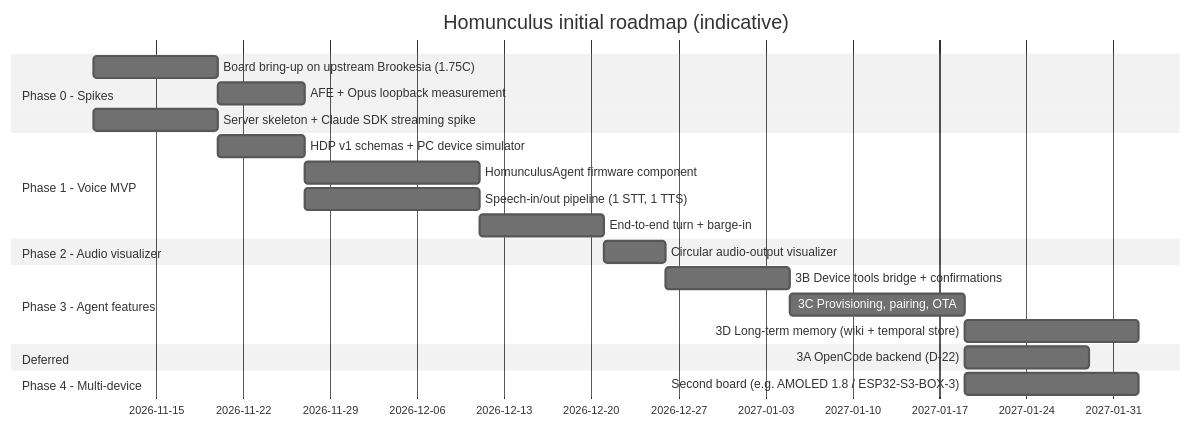
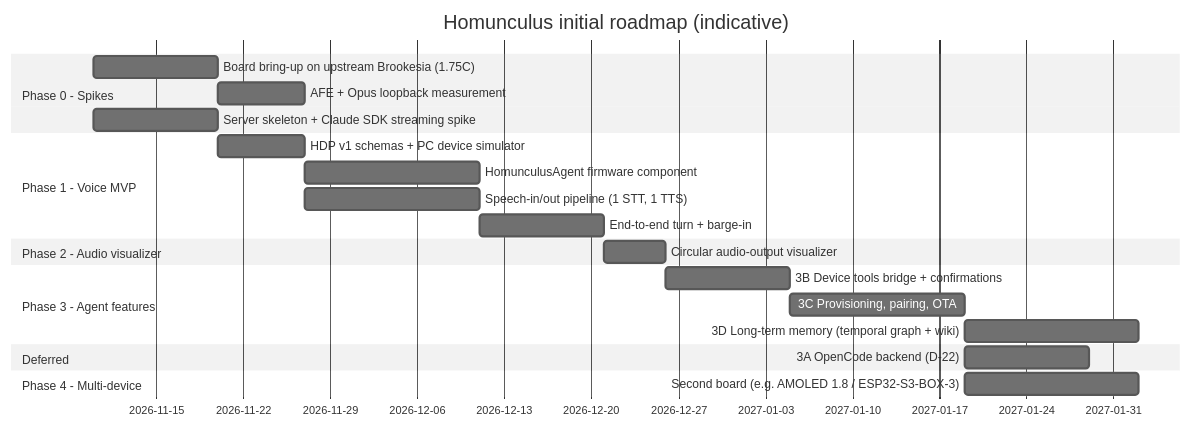
The diagram in docs/specification/08-roadmap-and-open-items.md (0x1d/crucible), drawn with Mermaid (neutral theme) before and after one commit. The commit also changed other lines of this file and 31 other files, not shown here.

First line of the commit message:
feat(memory): temporal-reasoning MCP server as primary memory; wiki on request

````diff
--- a/docs/specification/08-roadmap-and-open-items.md
+++ b/docs/specification/08-roadmap-and-open-items.md
@@ -38,24 +38,24 @@
 ```mermaid
 gantt
     dateFormat  YYYY-MM-DD
     title Homunculus initial roadmap (indicative)
     section Phase 0 - Spikes
     Board bring-up on upstream Brookesia (1.75C)   :p0a, 2026-11-10, 10d
     AFE + Opus loopback measurement                :p0b, after p0a, 7d
     Server skeleton + Claude SDK streaming spike   :p0c, 2026-11-10, 10d
     section Phase 1 - Voice MVP
     HDP v1 schemas + PC device simulator           :p1a, after p0c, 7d
     HomunculusAgent firmware component             :p1b, after p0b, 14d
     Speech-in/out pipeline (1 STT, 1 TTS)          :p1c, after p1a, 14d
     End-to-end turn + barge-in                     :p1d, after p1b, 10d
     section Phase 2 - Audio visualizer
     Circular audio-output visualizer               :p2a, after p1d, 5d
     section Phase 3 - Agent features
     3B Device tools bridge + confirmations         :p3b, after p2a, 10d
     3C Provisioning, pairing, OTA                  :p3c, after p3b, 14d
-    3D Long-term memory (wiki + temporal store)    :p3d, after p3c, 14d
+    3D Long-term memory (temporal graph + wiki)    :p3d, after p3c, 14d
     section Deferred
     3A OpenCode backend (D-22)                     :p3a, after p3c, 10d
     section Phase 4 - Multi-device
     Second board (e.g. AMOLED 1.8 / ESP32-S3-BOX-3) :p4a, after p3c, 14d
 ```
````
